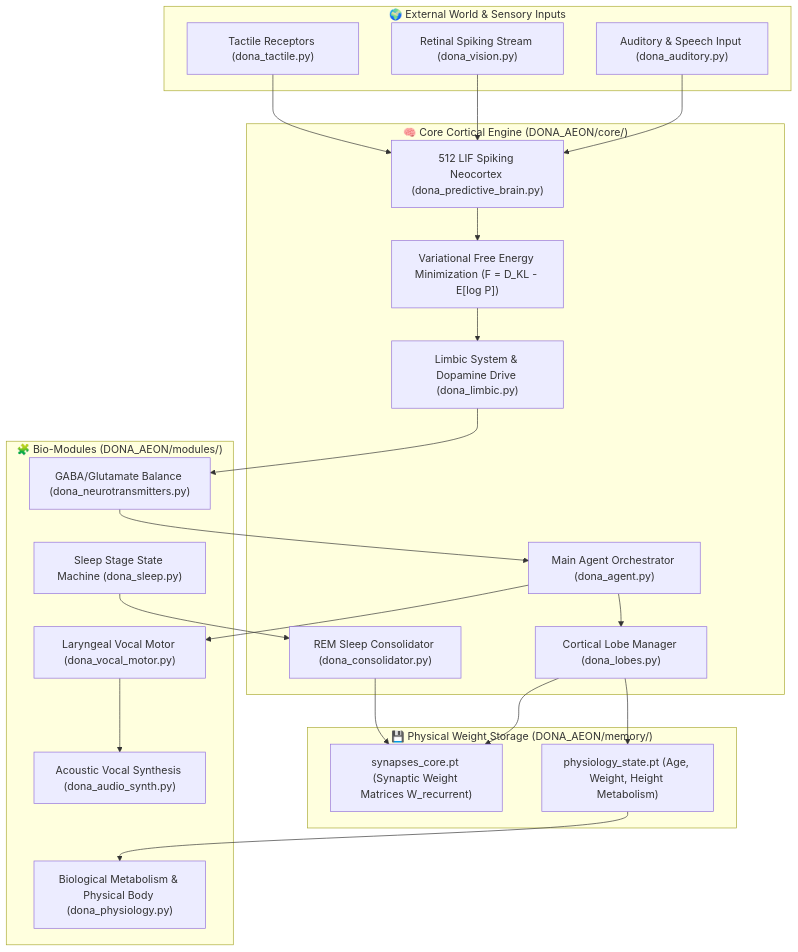
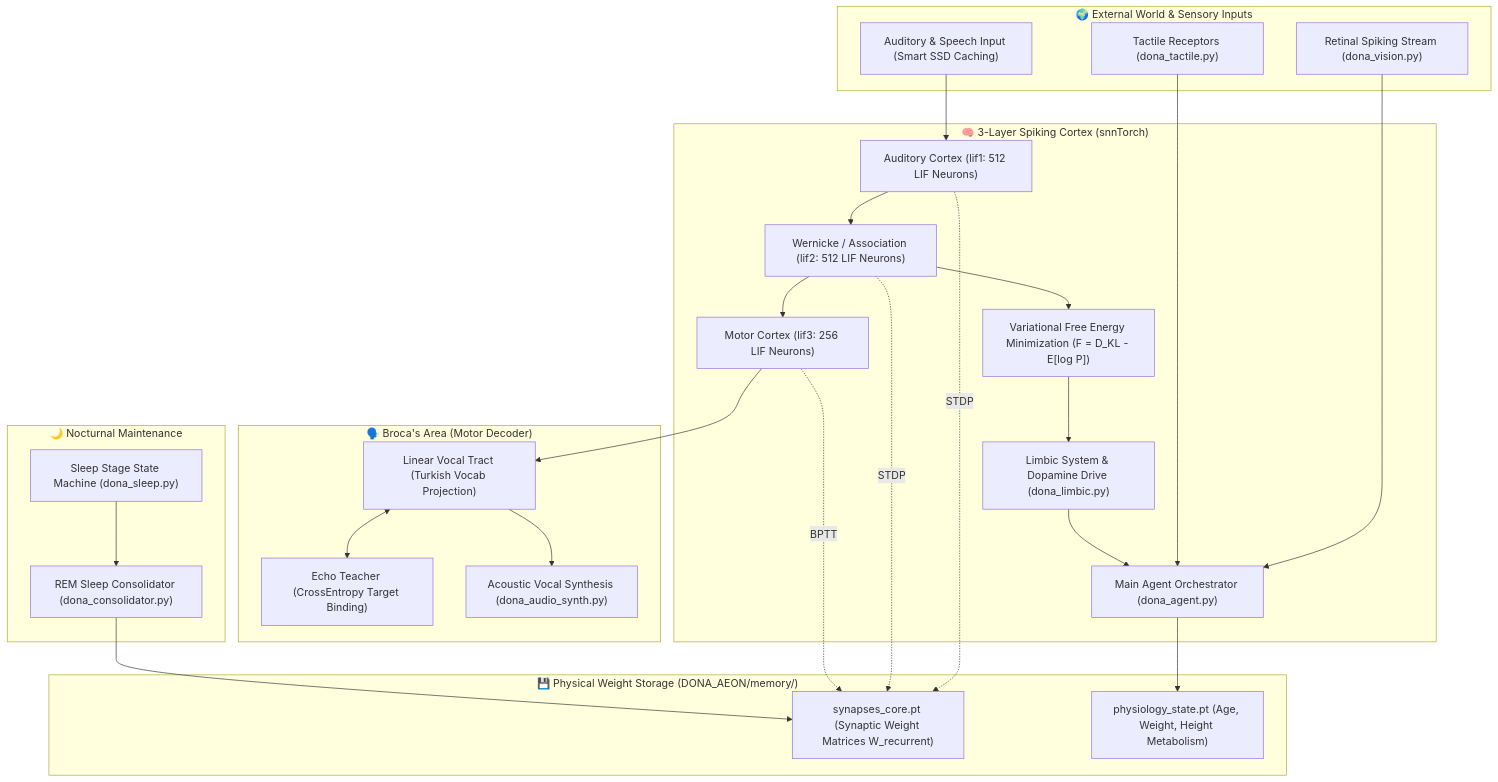
One commit to dobby-aidev/dona-aeon-showcase changed the diagram in README.md. Above: the diagram before and after it, drawn with Mermaid. The commit also changed other lines of this file, not shown here.

Commit message:
Update README.md
d

````diff
--- a/README.md
+++ b/README.md
@@ -40,46 +41,51 @@
 ```mermaid
 flowchart TD
     subgraph Environment ["🌍 External World & Sensory Inputs"]
-        Auditory["Auditory & Speech Input (dona_auditory.py)"]
+        Auditory["Auditory & Speech Input (Smart SSD Caching)"]
         Vision["Retinal Spiking Stream (dona_vision.py)"]
         Tactile["Tactile Receptors (dona_tactile.py)"]
     end
 
-    subgraph CoreCortex ["🧠 Core Cortical Engine (DONA_AEON/core/)"]
+    subgraph CoreCortex ["🧠 3-Layer Spiking Cortex (snnTorch)"]
         Agent["Main Agent Orchestrator (dona_agent.py)"]
-        Neocortex["512 LIF Spiking Neocortex (dona_predictive_brain.py)"]
+        LIF1["Auditory Cortex (lif1: 512 LIF Neurons)"]
+        LIF2["Wernicke / Association (lif2: 512 LIF Neurons)"]
+        LIF3["Motor Cortex (lif3: 256 LIF Neurons)"]
         FEP["Variational Free Energy Minimization (F = D_KL - E[log P])"]
         Limbic["Limbic System & Dopamine Drive (dona_limbic.py)"]
-        Lobes["Cortical Lobe Manager (dona_lobes.py)"]
-        Consolidator["REM Sleep Consolidator (dona_consolidator.py)"]
     end
 
-    subgraph SensoryModules ["🧩 Bio-Modules (DONA_AEON/modules/)"]
-        Physiology["Biological Metabolism & Physical Body (dona_physiology.py)"]
+    subgraph BrocaArea ["🗣️ Broca's Area (Motor Decoder)"]
+        VocalTract["Linear Vocal Tract (Turkish Vocab Projection)"]
+        EchoTeacher["Echo Teacher (CrossEntropy Target Binding)"]
+        Synth["Acoustic Vocal Synthesis (dona_audio_synth.py)"]
+    end
+    
+    subgraph SleepCycle ["🌙 Nocturnal Maintenance"]
         Sleep["Sleep Stage State Machine (dona_sleep.py)"]
-        Vocal["Laryngeal Vocal Motor (dona_vocal_motor.py)"]
-        Neuro["GABA/Glutamate Balance (dona_neurotransmitters.py)"]
-        Synth["Acoustic Vocal Synthesis (dona_audio_synth.py)"]
+        Consolidator["REM Sleep Consolidator (dona_consolidator.py)"]
     end
 
     subgraph MemoryStorage ["💾 Physical Weight Storage (DONA_AEON/memory/)"]
         Synapses["synapses_core.pt (Synaptic Weight Matrices W_recurrent)"]
         PhysState["physiology_state.pt (Age, Weight, Height Metabolism)"]
     end
 
-    Auditory --> Neocortex
-    Vision --> Neocortex
-    Tactile --> Neocortex
-    Neocortex --> FEP
+    Auditory --> LIF1
+    Vision --> Agent
+    Tactile --> Agent
+    LIF1 --> LIF2
+    LIF2 --> LIF3
+    LIF2 --> FEP
     FEP --> Limbic
-    Limbic --> Neuro
-    Neuro --> Agent
-    Agent --> Lobes
-    Lobes --> Synapses
-    Lobes --> PhysState
-    PhysState --> Physiology
+    Limbic --> Agent
+    LIF3 --> VocalTract
+    VocalTract <--> EchoTeacher
+    VocalTract --> Synth
+    LIF1 -. STDP .-> Synapses
+    LIF2 -. STDP .-> Synapses
+    LIF3 -. BPTT .-> Synapses
     Sleep --> Consolidator
     Consolidator --> Synapses
-    Agent --> Vocal
-    Vocal --> Synth
+    Agent --> PhysState
 ```
````
